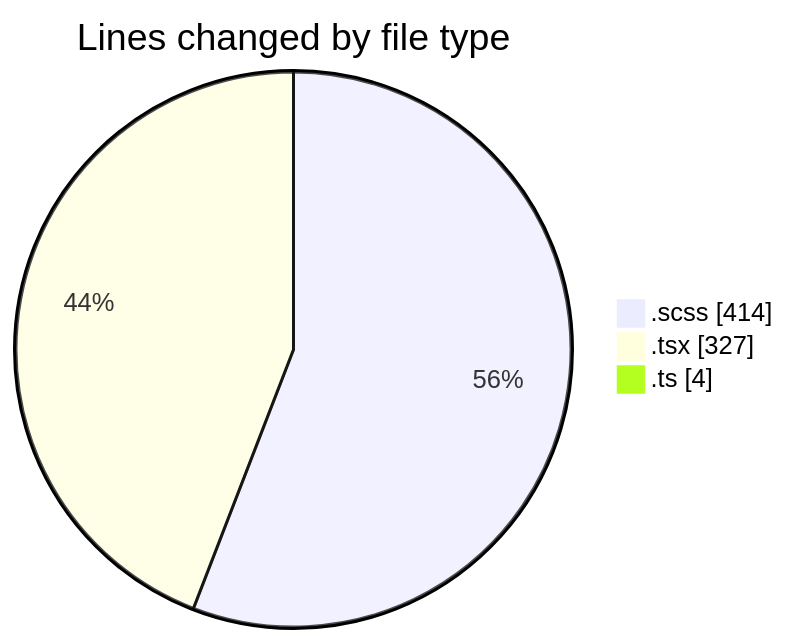
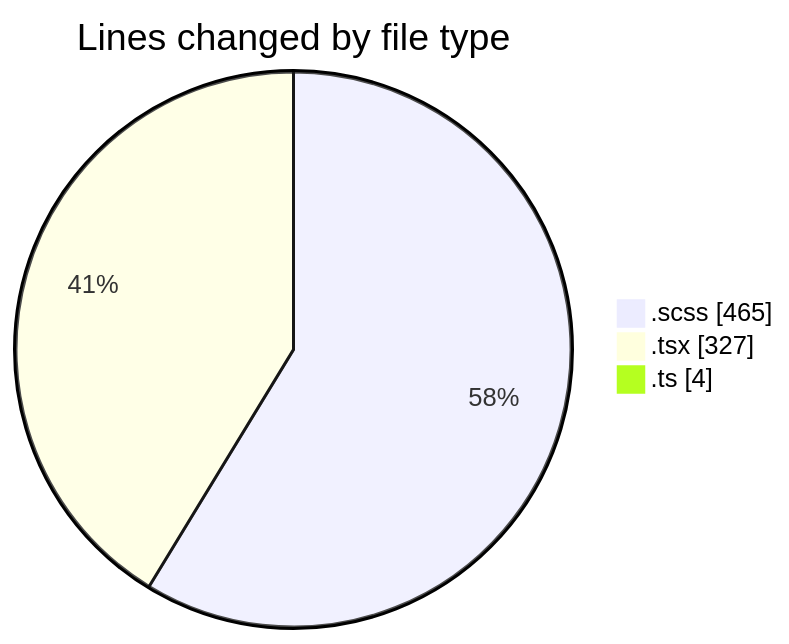
Before and after one commit to momahboobian/code-tracking: the first of 2 diagrams in 2025-03-02/cda/README.md, drawn with Mermaid. The commit also changed other lines of this file and 1 other file, not shown here.

````diff
--- a/2025-03-02/cda/README.md
+++ b/2025-03-02/cda/README.md
@@ -28,7 +29,7 @@
 ```mermaid
 pie showData
 title Lines changed by file type
-".scss" : 414
+".scss" : 465
 ".tsx" : 327
 ".ts" : 4
 ```
````
